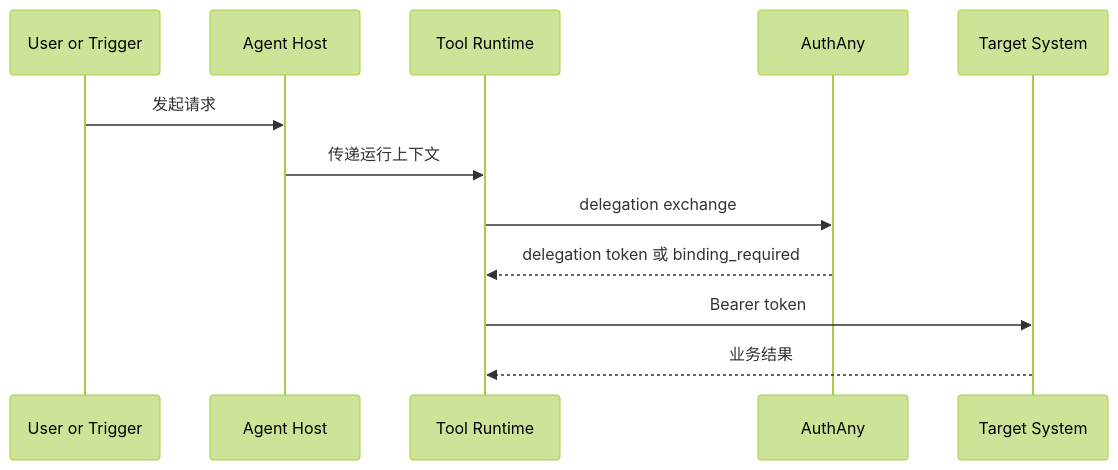
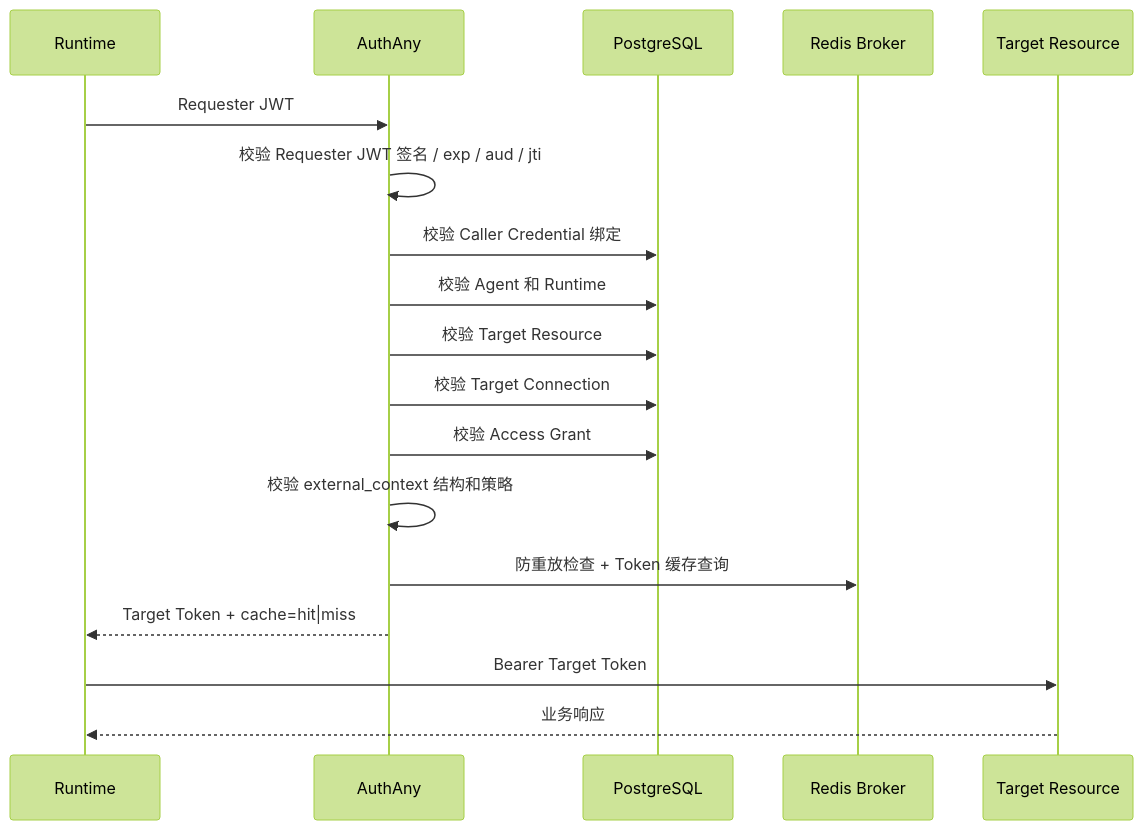
Before and after one commit to renxqoo/Authany: the diagram in specs/07-AGENT-RUNTIME-INTEGRATION.md, drawn with Mermaid (forest theme). The commit also changed other lines of this file and 310 other files, not shown here.

Commit message:
feat: harden security flows and reorganize example apps

````diff
--- a/specs/07-AGENT-RUNTIME-INTEGRATION.md
+++ b/specs/07-AGENT-RUNTIME-INTEGRATION.md
@@ -101,15 +98,21 @@
 ```mermaid
 sequenceDiagram
-    participant U as User or Trigger
-    participant H as Agent Host
-    participant R as Tool Runtime
+    participant R as Runtime
     participant A as AuthAny
-    participant T as Target System
+    participant DB as PostgreSQL
+    participant REDIS as Redis Broker
+    participant T as Target Resource
 
-    U->>H: 发起请求
-    H->>R: 传递运行上下文
-    R->>A: delegation exchange
-    A-->>R: delegation token 或 binding_required
-    R->>T: Bearer token
-    T-->>R: 业务结果
+    R->>A: Requester JWT
+    A->>A: 校验 Requester JWT 签名 / exp / aud / jti
+    A->>DB: 校验 Caller Credential 绑定
+    A->>DB: 校验 Agent 和 Runtime
+    A->>DB: 校验 Target Resource
+    A->>DB: 校验 Target Connection
+    A->>DB: 校验 Access Grant
+    A->>A: 校验 external_context 结构和策略
+    A->>REDIS: 防重放检查 + Token 缓存查询
+    A-->>R: Target Token + cache=hit|miss
+    R->>T: Bearer Target Token
+    T-->>R: 业务响应
 ```
````
